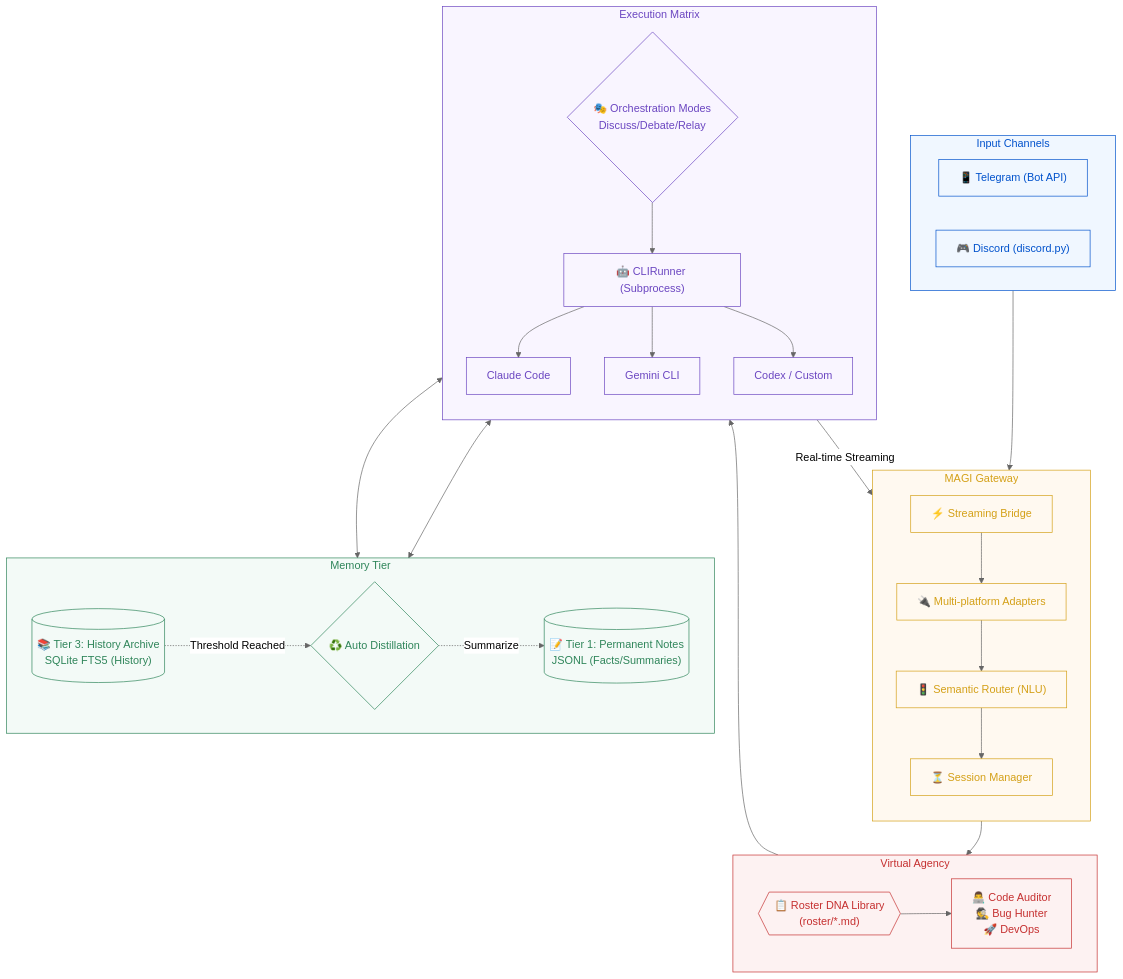
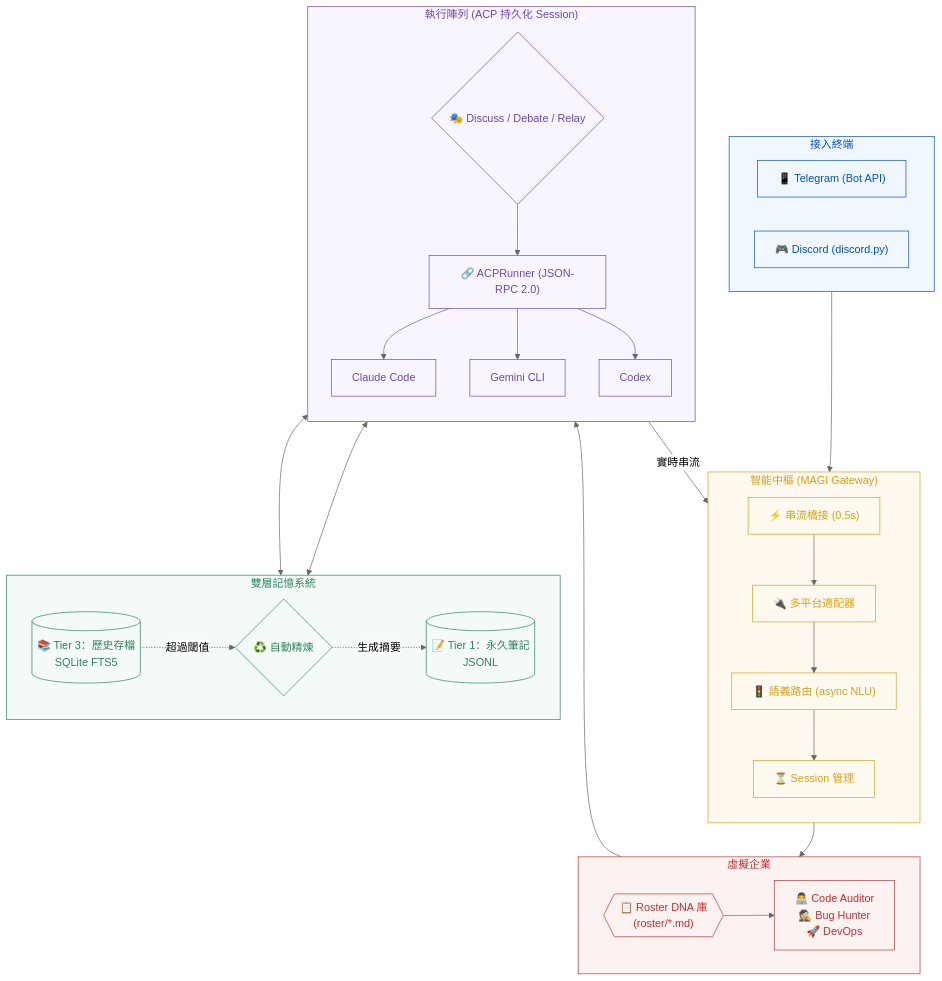
One commit to nchiyi/mini_agent_team changed the diagram in README.md. Above: the diagram before and after it, drawn with Mermaid (neutral theme). The commit also changed other lines of this file and 2 other files, not shown here.

````diff
--- a/README.md
+++ b/README.md
@@ -11,67 +13,65 @@
 ```mermaid
 flowchart TB
-    subgraph Clients ["Input Channels"]
+    subgraph Clients ["接入終端"]
         TG["📱 Telegram (Bot API)"]
         DC["🎮 Discord (discord.py)"]
     end
-    
-    subgraph Gateway ["MAGI Gateway"]
+
+    subgraph Gateway ["智能中樞 (MAGI Gateway)"]
         direction TB
-        Adapter["🔌 Multi-platform Adapters"]
-        Router["🚦 Semantic Router (NLU)"]
-        Session["⏳ Session Manager"]
-        Bridge["⚡ Streaming Bridge"]
+        Adapter["🔌 多平台適配器"]
+        Router["🚦 語義路由 (async NLU)"]
+        Session["⏳ Session 管理"]
+        Bridge["⚡ 串流橋接 (0.5s)"]
     end
 
-    subgraph Agency ["Virtual Agency"]
+    subgraph Agency ["虛擬企業"]
         direction LR
-        Roster{{"📋 Roster DNA Library<br/>(roster/*.md)"}}
+        Roster{{"📋 Roster DNA 庫<br/>(roster/*.md)"}}
         Roles["👨‍💻 Code Auditor<br/>🕵️ Bug Hunter<br/>🚀 DevOps"]
     end
 
-    subgraph Memory ["Memory Tier"]
+    subgraph Memory ["雙層記憶系統"]
         direction LR
-        T1[("📝 Tier 1: Permanent Notes<br/>JSONL (Facts/Summaries)")]
-        T3[("📚 Tier 3: History Archive<br/>SQLite FTS5 (History)")]
-        Distill{"♻️ Auto Distillation"}
+        T1[("📝 Tier 1：永久筆記<br/>JSONL")]
+        T3[("📚 Tier 3：歷史存檔<br/>SQLite FTS5")]
+        Distill{"♻️ 自動精煉"}
     end
 
-    subgraph Runners ["Execution Matrix"]
+    subgraph Runners ["執行陣列 (ACP 持久化 Session)"]
         direction TB
-        Orchestrator{"🎭 Orchestration Modes<br/>Discuss/Debate/Relay"}
-        CR["🤖 CLIRunner (Subprocess)"]
+        Orchestrator{"🎭 Discuss / Debate / Relay"}
+        ACP["🔗 ACPRunner (JSON-RPC 2.0)"]
         CL["Claude Code"]
         GM["Gemini CLI"]
-        CX["Codex / Custom"]
+        CX["Codex"]
     end
 
-    %% Flows
     Clients --> Adapter
     Adapter --> Router
     Router --> Session
     Session --> Roster
     Roster --> Roles
     Roles --> Orchestrator
-    
+
     Orchestrator <--> T1 & T3
-    T3 -.->|Threshold Reached| Distill
-    Distill -.->|Summarize| T1
+    T3 -.->|超過閾值| Distill
+    Distill -.->|生成摘要| T1
 
-    Orchestrator --> CR
-    CR --> CL & GM & CX
-    CR -- "Real-time Streaming" --> Bridge
+    Orchestrator --> ACP
+    ACP --> CL & GM & CX
+    ACP -- "實時串流" --> Bridge
     Bridge --> Adapter
 
-    %% Styling
     classDef platform fill:#f0f7ff,stroke:#0052cc,color:#0052cc
     classDef magi fill:#fff9f0,stroke:#d4a017,color:#d4a017
     classDef agency fill:#fdf2f2,stroke:#c53030,color:#c53030
     classDef memory fill:#f3faf7,stroke:#2f855a,color:#2f855a
     classDef exec fill:#f9f5ff,stroke:#6b46c1,color:#6b46c1
-    
+
     class Clients,TG,DC platform
     class Gateway,Adapter,Router,Session,Bridge magi
     class Agency,Roster,Roles agency
     class Memory,T1,T3,Distill memory
-    class Runners,Orchestrator,CR,CL,GM,CX exec
+    class Runners,Orchestrator,ACP,CL,GM,CX exec
 ```
````
